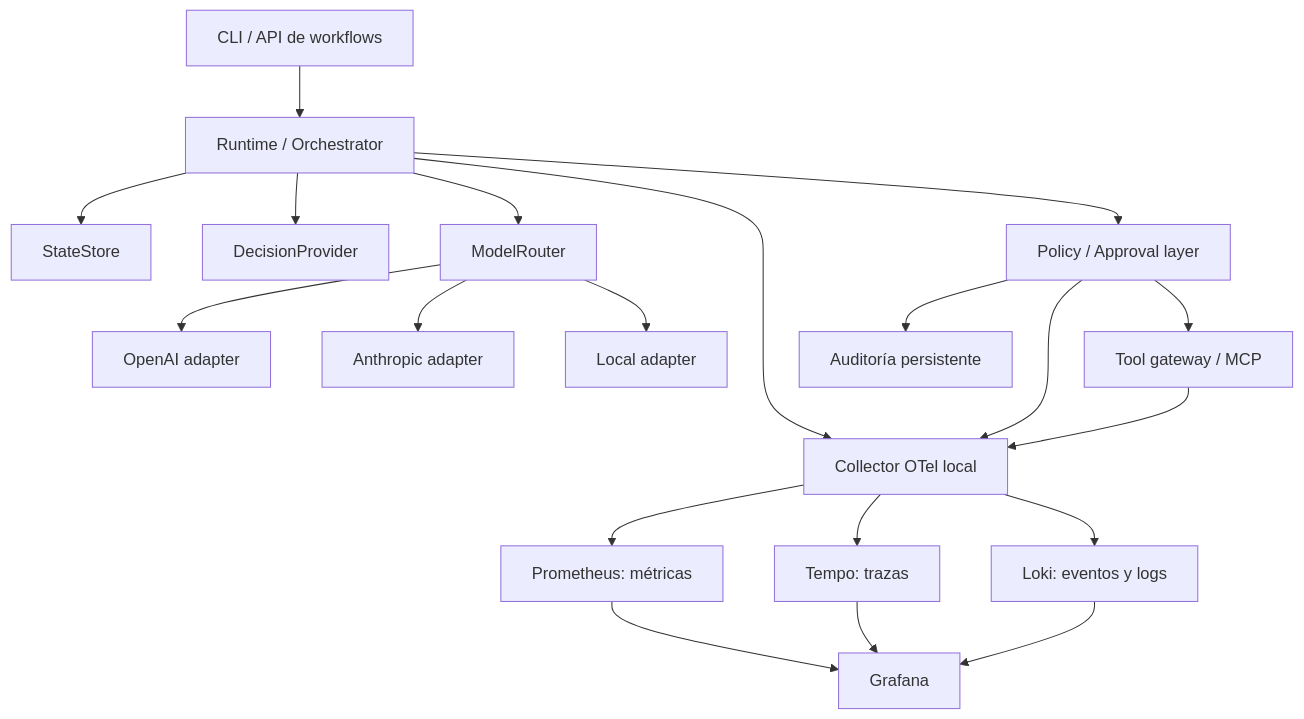
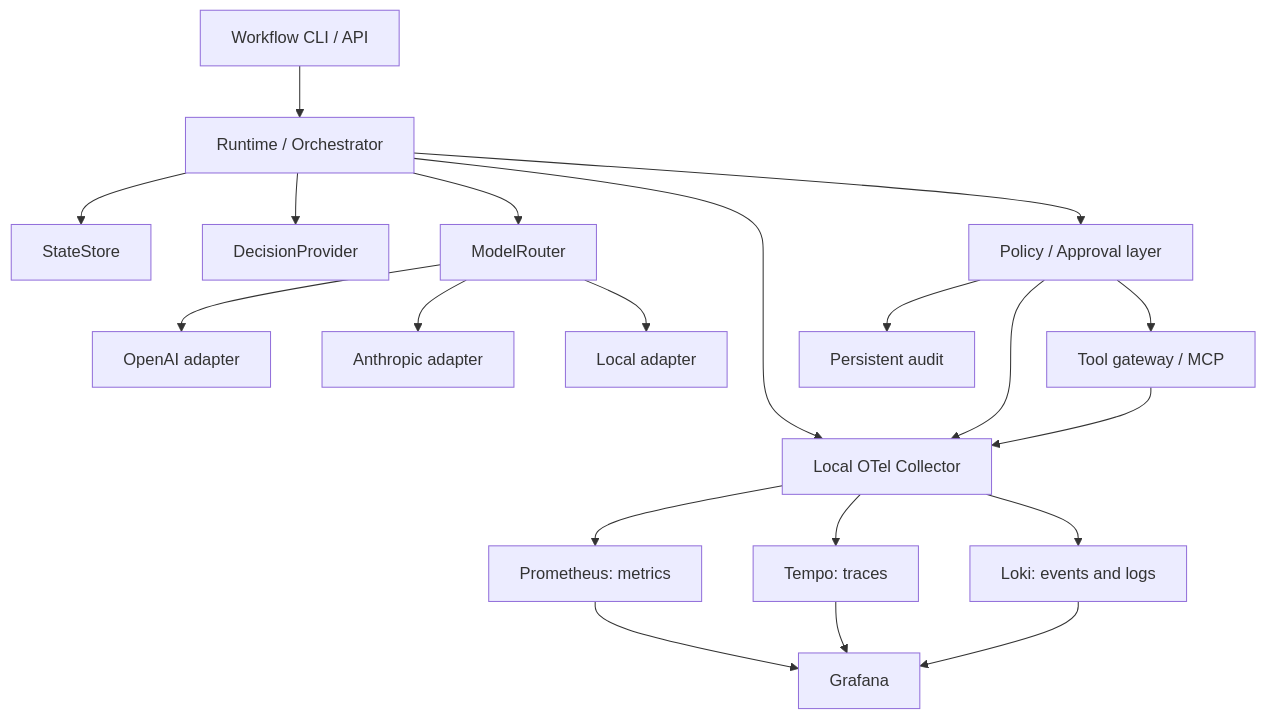
The diagram in docs/plan.md (alejandro-onatra/local-agent-platform), drawn with Mermaid before and after one commit. The commit also changed other lines of this file and 32 other files, not shown here.

````diff
--- a/docs/plan.md
+++ b/docs/plan.md
@@ -29,22 +29,22 @@
 ```mermaid
 flowchart TD
-    Entry[CLI / API de workflows] --> Runtime[Runtime / Orchestrator]
+    Entry[Workflow CLI / API] --> Runtime[Runtime / Orchestrator]
     Runtime --> State[StateStore]
     Runtime --> Decisions[DecisionProvider]
     Runtime --> Router[ModelRouter]
     Router --> OpenAI[OpenAI adapter]
     Router --> Anthropic[Anthropic adapter]
     Router --> Local[Local adapter]
     Runtime --> Guard[Policy / Approval layer]
     Guard --> Tools[Tool gateway / MCP]
-    Guard --> Audit[Auditoría persistente]
-    Runtime --> OTel[Collector OTel local]
+    Guard --> Audit[Persistent audit]
+    Runtime --> OTel[Local OTel Collector]
     Guard --> OTel
     Tools --> OTel
-    OTel --> Prometheus[Prometheus: métricas]
-    OTel --> Tempo[Tempo: trazas]
-    OTel --> Loki[Loki: eventos y logs]
+    OTel --> Prometheus[Prometheus: metrics]
+    OTel --> Tempo[Tempo: traces]
+    OTel --> Loki[Loki: events and logs]
     Prometheus --> Grafana[Grafana]
     Tempo --> Grafana
     Loki --> Grafana
 ```
````
